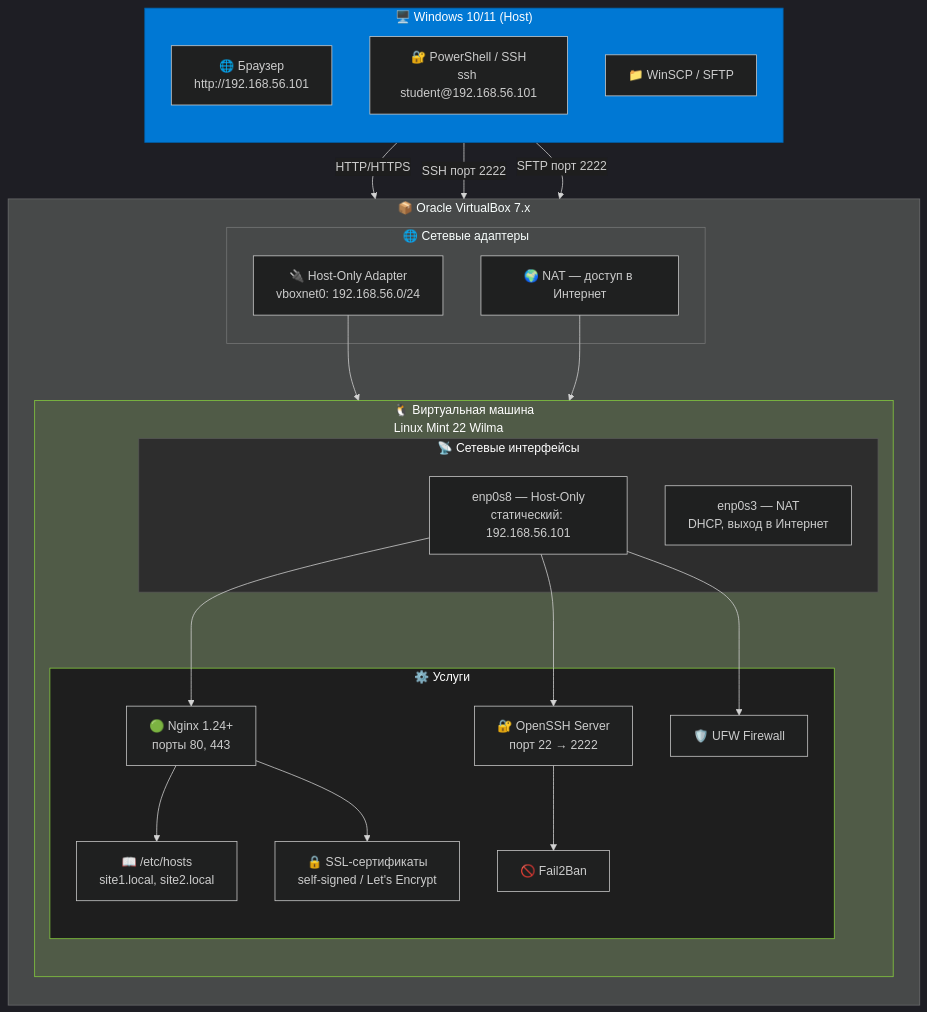
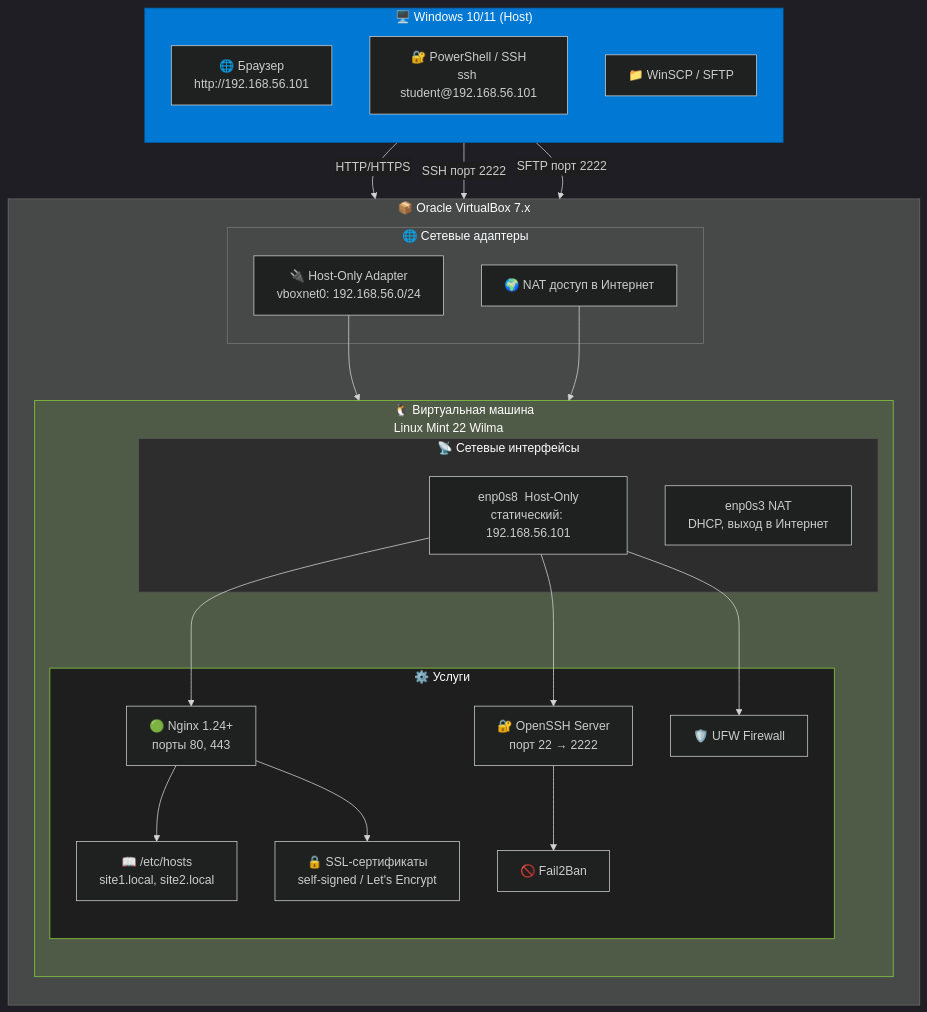
Before and after one commit to Mohanad0101/files: the first of 12 diagrams in src/README.md, drawn with Mermaid. The commit also changed other lines of this file, not shown here.

````diff
--- a/src/README.md
+++ b/src/README.md
@@ -70,52 +65,52 @@
 ```mermaid
 %%{init: {'theme': 'dark', 'themeVariables': { 'primaryColor': '#87CF3E', 'edgeLabelBackground':'#1e1e1e', 'tertiaryColor': '#2d2d2d'}}}%%
 graph TB
     subgraph Windows_Host["🖥️ Windows 10/11 (Host)"]
         direction TB
         Browser["🌐 Браузер<br/>http://192.168.56.101"]
         PowerShell["🔐 PowerShell / SSH<br/>ssh student@192.168.56.101"]
         WinSCP["📁 WinSCP / SFTP"]
     end
 
     subgraph VBox["📦 Oracle VirtualBox 7.x"]
         direction TB
         subgraph NetConfig["🌐 Сетевые адаптеры"]
-            NAT["🌍 NAT — доступ в Интернет"]
+            NAT["🌍 NAT  доступ в Интернет"]
             HostOnly["🔌 Host-Only Adapter<br/>vboxnet0: 192.168.56.0/24"]
         end
 
         subgraph VM["🐧 Виртуальная машина<br/>Linux Mint 22 Wilma"]
             direction TB
             subgraph Net["📡 Сетевые интерфейсы"]
-                eth0["enp0s3 — NAT<br/>DHCP, выход в Интернет"]
-                eth1["enp0s8 — Host-Only<br/>статический: 192.168.56.101"]
+                eth0["enp0s3  NAT<br/>DHCP, выход в Интернет"]
+                eth1["enp0s8  Host-Only<br/>статический: 192.168.56.101"]
             end
 
             subgraph Services["⚙️ Услуги"]
                 NginxService["🟢 Nginx 1.24+<br/>порты 80, 443"]
                 SSHService["🔐 OpenSSH Server<br/>порт 22 → 2222"]
                 DNSLocal["📖 /etc/hosts<br/>site1.local, site2.local"]
                 SSL["🔒 SSL-сертификаты<br/>self-signed / Let's Encrypt"]
                 UFW["🛡️ UFW Firewall"]
                 F2B["🚫 Fail2Ban"]
             end
         end
     end
 
     Browser -->|"HTTP/HTTPS"| HostOnly
     PowerShell -->|"SSH порт 2222"| HostOnly
     WinSCP -->|"SFTP порт 2222"| HostOnly
     HostOnly --> eth1
     NAT --> eth0
     eth1 --> NginxService
     eth1 --> SSHService
     NginxService --> DNSLocal
     NginxService --> SSL
     eth1 --> UFW
     SSHService --> F2B
 
     style Windows_Host fill:#0078D4,stroke:#005A9E,color:#fff
     style VM fill:#87CF3E22,stroke:#87CF3E,color:#fff
     style Services fill:#1e1e1e,stroke:#87CF3E,color:#fff
     style Net fill:#2d2d2d,stroke:#555,color:#fff
 ```
````
